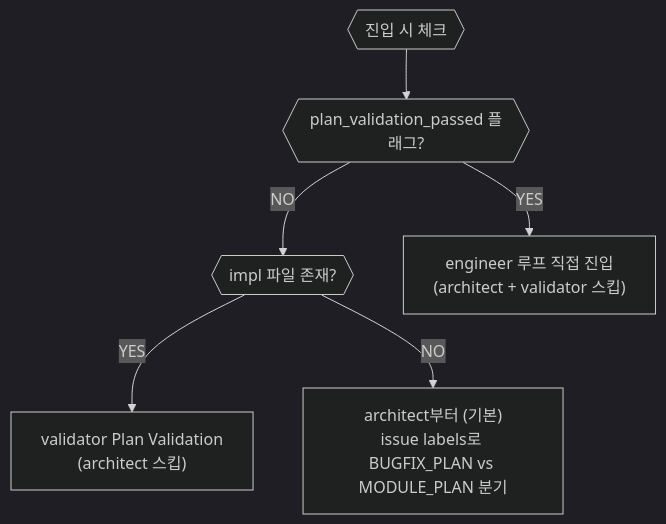
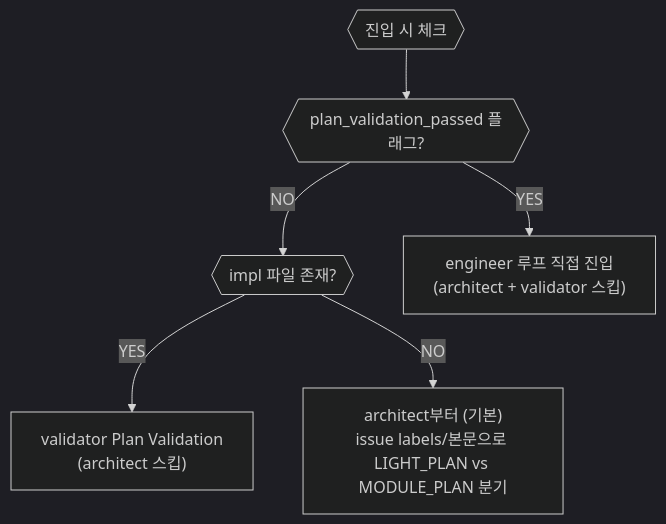
The diagram in orchestration/impl.md (alruminum/ClaudeCodeAgentPrompt), drawn with Mermaid (dark theme) before and after one commit. The commit also changed other lines of this file and 11 other files, not shown here.

First line of the commit message:
refactor(architect): BUGFIX_PLAN → LIGHT_PLAN 일반화 — 버그+디자인 국소 변경 통합

````diff
--- a/orchestration/impl.md
+++ b/orchestration/impl.md
@@ -55,12 +55,12 @@
 ```mermaid
 flowchart TD
     RE_ENTRY{{"진입 시 체크"}}
     RE_PV{{"plan_validation_passed 플래그?"}}
     RE_IMPL{{"impl 파일 존재?"}}
 
     RE_ENTRY --> RE_PV
     RE_PV -->|YES| ENG_DIRECT["engineer 루프 직접 진입\n(architect + validator 스킵)"]
     RE_PV -->|NO| RE_IMPL
     RE_IMPL -->|YES| VAL_PV["validator Plan Validation\n(architect 스킵)"]
-    RE_IMPL -->|NO| ARC_START["architect부터 (기본)\nissue labels로 BUGFIX_PLAN vs MODULE_PLAN 분기"]
+    RE_IMPL -->|NO| ARC_START["architect부터 (기본)\nissue labels/본문으로 LIGHT_PLAN vs MODULE_PLAN 분기"]
 ```
````
